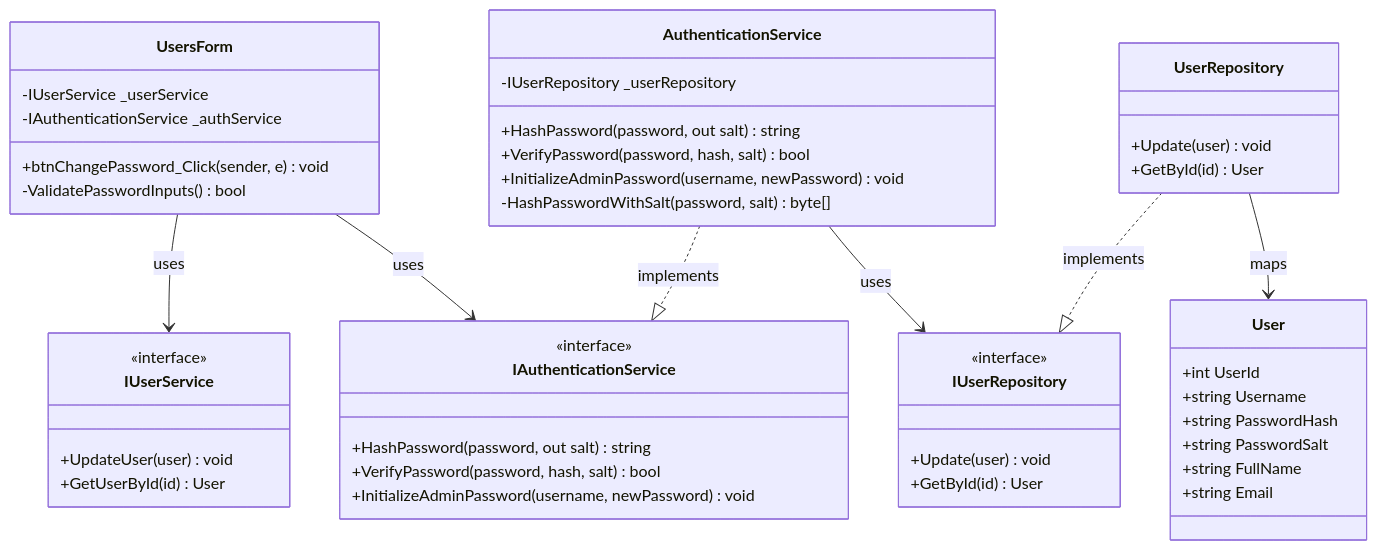
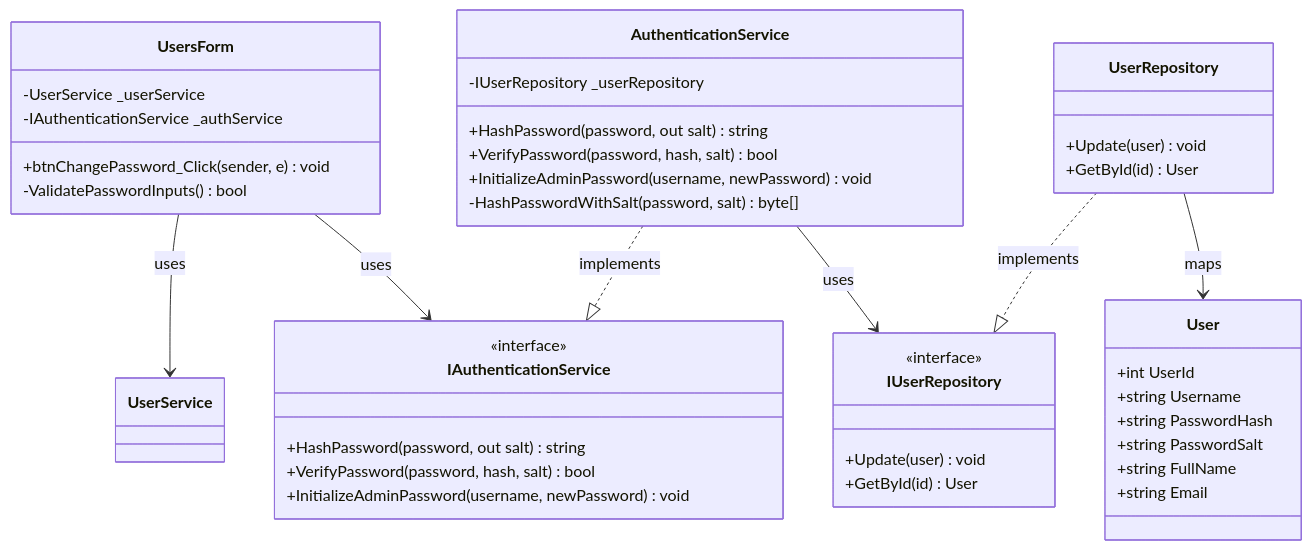
Before and after one commit to nahuk86/tp_diploma_nk_2026: the third of 18 diagrams in Documentation/UML_Diagrams/19_Users_UseCases.md, drawn with Mermaid. The commit also changed other lines of this file and 1 other file, not shown here.

First line of the commit message:
docs: remove non-existent IUserService and IRoleService interface references

````diff
--- a/Documentation/UML_Diagrams/19_Users_UseCases.md
+++ b/Documentation/UML_Diagrams/19_Users_UseCases.md
@@ -111,57 +104,51 @@
 ```mermaid
 classDiagram
     class UsersForm {
-        -IUserService _userService
+        -UserService _userService
         -IAuthenticationService _authService
         +btnChangePassword_Click(sender, e) void
         -ValidatePasswordInputs() bool
-    }
-
-    class IUserService {
-        <<interface>>
-        +UpdateUser(user) void
-        +GetUserById(id) User
     }
 
     class IAuthenticationService {
         <<interface>>
         +HashPassword(password, out salt) string
         +VerifyPassword(password, hash, salt) bool
         +InitializeAdminPassword(username, newPassword) void
     }
 
     class AuthenticationService {
         -IUserRepository _userRepository
         +HashPassword(password, out salt) string
         +VerifyPassword(password, hash, salt) bool
         +InitializeAdminPassword(username, newPassword) void
         -HashPasswordWithSalt(password, salt) byte[]
     }
 
     class IUserRepository {
         <<interface>>
         +Update(user) void
         +GetById(id) User
     }
 
     class UserRepository {
         +Update(user) void
         +GetById(id) User
     }
 
     class User {
         +int UserId
         +string Username
         +string PasswordHash
         +string PasswordSalt
         +string FullName
         +string Email
     }
 
-    UsersForm --> IUserService : uses
+    UsersForm --> UserService : uses
     UsersForm --> IAuthenticationService : uses
     AuthenticationService ..|> IAuthenticationService : implements
     AuthenticationService --> IUserRepository : uses
     UserRepository ..|> IUserRepository : implements
     UserRepository --> User : maps
 ```
````
